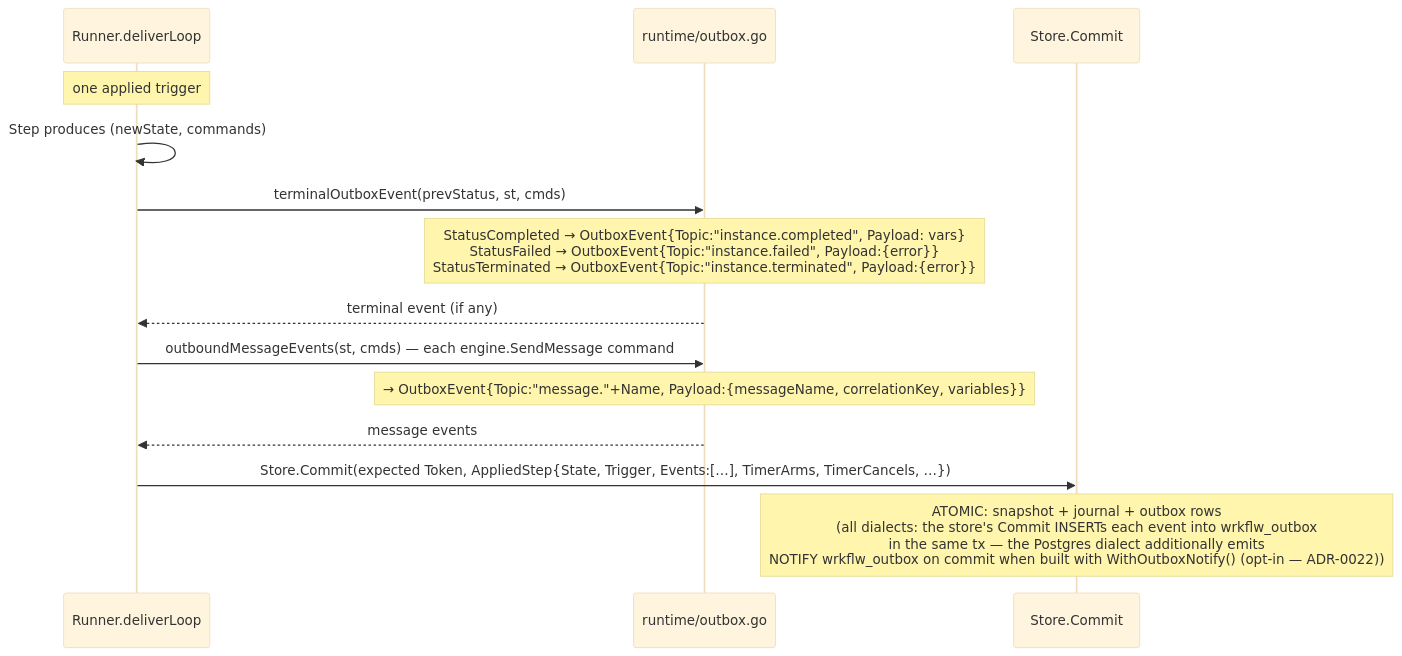
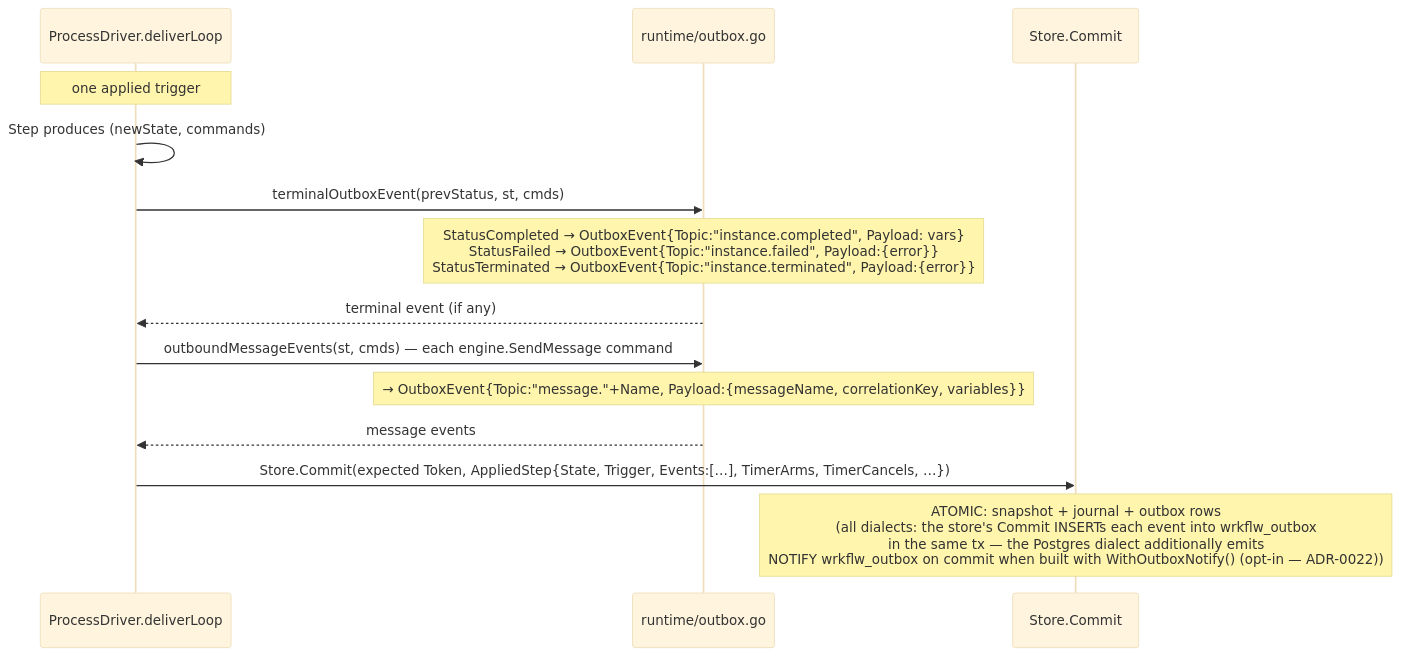
One commit to kartaladev/wrkflw changed the eighth of 9 diagrams in INTERACTIONS.md. Above: the diagram before and after it, drawn with Mermaid (base theme). The commit also changed other lines of this file and 40 other files, not shown here.

````diff
--- a/INTERACTIONS.md
+++ b/INTERACTIONS.md
@@ -493,17 +493,17 @@
 ```mermaid
 sequenceDiagram
-    participant R as Runner.deliverLoop
+    participant R as ProcessDriver.deliverLoop
     participant OB as runtime/outbox.go
     participant SC as Store.Commit
 
     Note over R: one applied trigger
     R->>R: Step produces (newState, commands)
     R->>OB: terminalOutboxEvent(prevStatus, st, cmds)
     Note over OB: StatusCompleted  → OutboxEvent{Topic:"instance.completed",  Payload: vars}<br/>StatusFailed     → OutboxEvent{Topic:"instance.failed",     Payload:{error}}<br/>StatusTerminated → OutboxEvent{Topic:"instance.terminated", Payload:{error}}
     OB-->>R: terminal event (if any)
     R->>OB: outboundMessageEvents(st, cmds) — each engine.SendMessage command
     Note over OB: → OutboxEvent{Topic:"message."+Name, Payload:{messageName, correlationKey, variables}}
     OB-->>R: message events
     R->>SC: Store.Commit(expected Token, AppliedStep{State, Trigger, Events:[…], TimerArms, TimerCancels, …})
     Note over SC: ATOMIC: snapshot + journal + outbox rows<br/>(all dialects: the store's Commit INSERTs each event into wrkflw_outbox<br/>in the same tx — the Postgres dialect additionally emits<br/>NOTIFY wrkflw_outbox on commit when built with WithOutboxNotify() (opt-in — ADR-0022))
 ```
````
